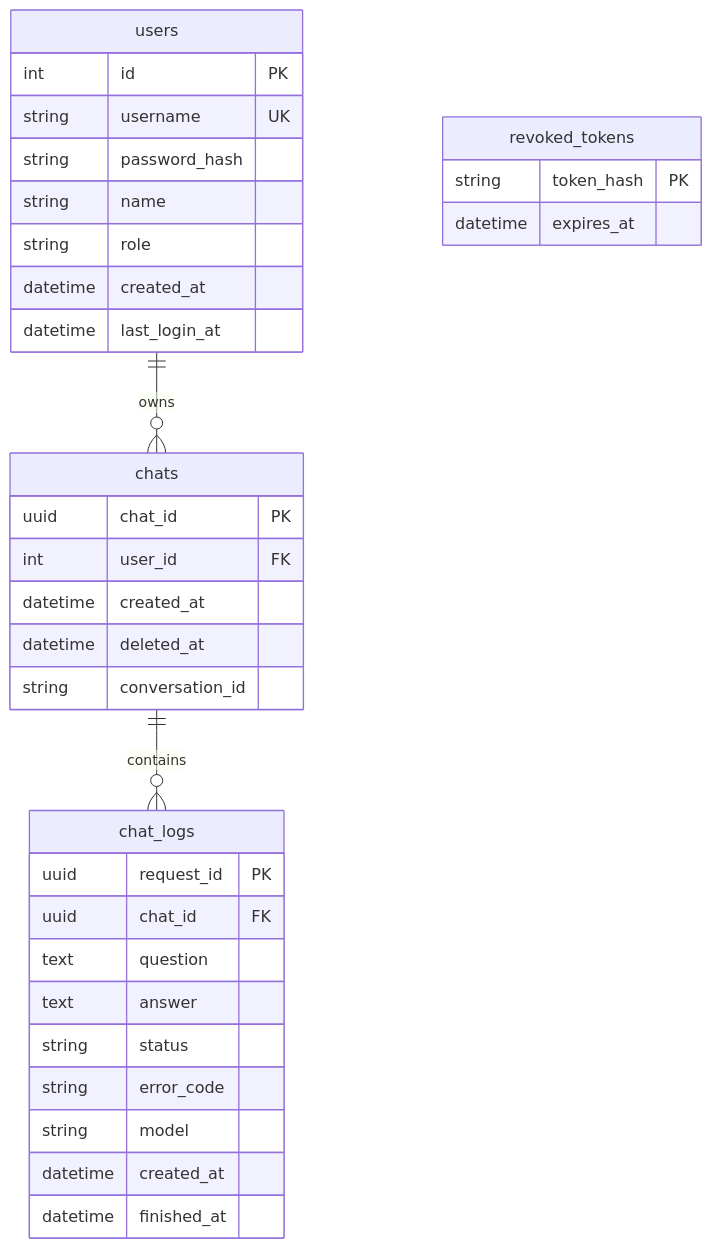
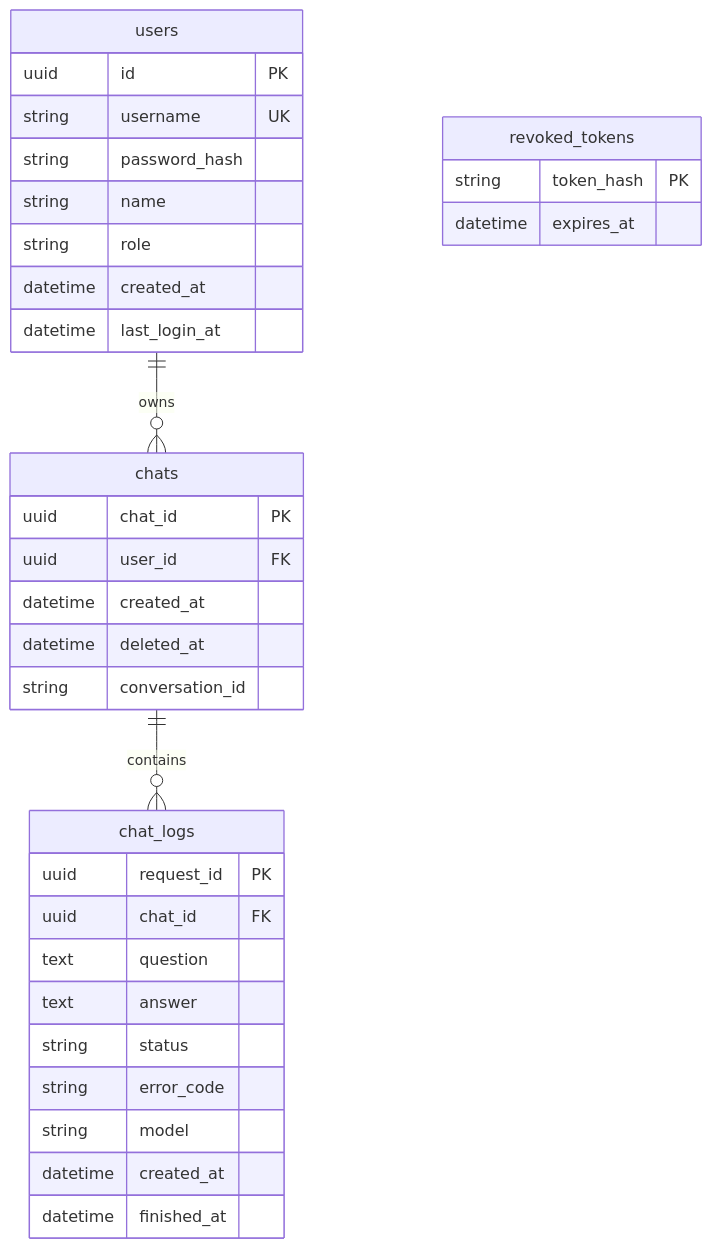
The diagram in docs/DATABASE.md (ted1117/be-B7-1), drawn with Mermaid before and after one commit. The commit also changed other lines of this file and 2 other files, not shown here.

Commit message:
docs: UUID 회원 ID 및 DB 초기화 안내 갱신

````diff
--- a/docs/DATABASE.md
+++ b/docs/DATABASE.md
@@ -7,36 +7,36 @@
 ```mermaid
 erDiagram
     users ||--o{ chats : owns
     chats ||--o{ chat_logs : contains
     users {
-        int id PK
+        uuid id PK
         string username UK
         string password_hash
         string name
         string role
         datetime created_at
         datetime last_login_at
     }
     chats {
         uuid chat_id PK
-        int user_id FK
+        uuid user_id FK
         datetime created_at
         datetime deleted_at
         string conversation_id
     }
     chat_logs {
         uuid request_id PK
         uuid chat_id FK
         text question
         text answer
         string status
         string error_code
         string model
         datetime created_at
         datetime finished_at
     }
     revoked_tokens {
         string token_hash PK
         datetime expires_at
     }
 ```
````
